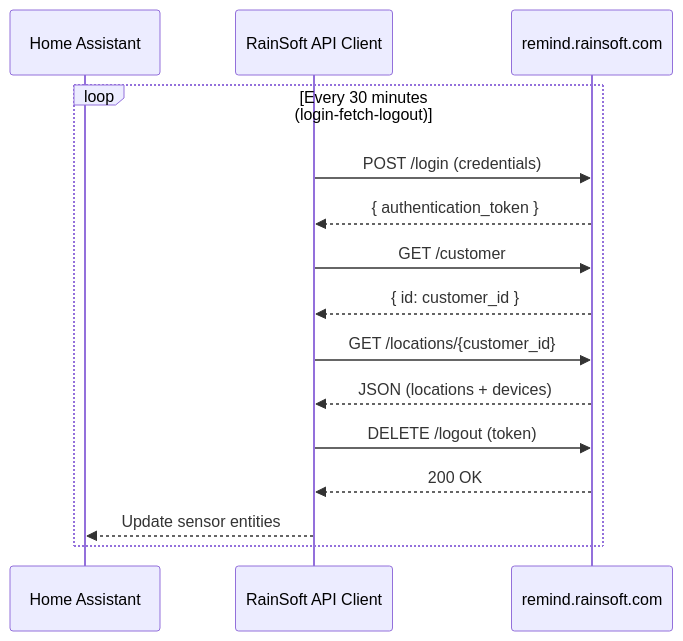
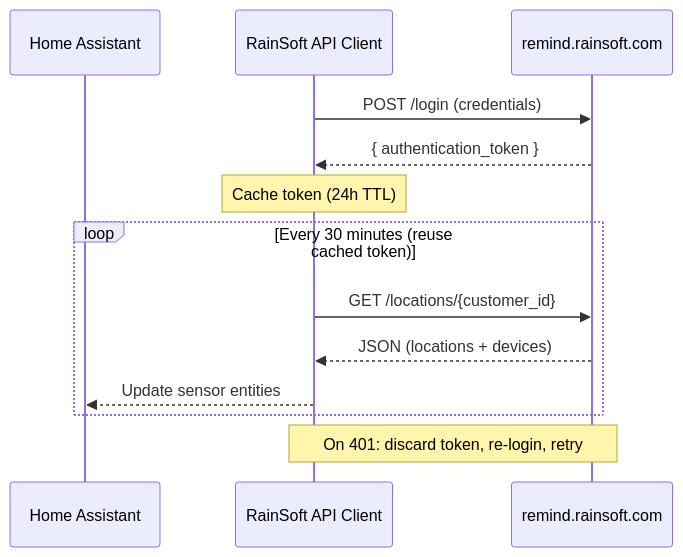
The diagram in README.md (MathewUlanowski/ha-rainsoft), drawn with Mermaid before and after one commit. The commit also changed other lines of this file and 2 other files, not shown here.

Commit message:
Switch auth from login-fetch-logout to cached token with 24h TTL
Token is now cached in memory and reused across poll cycles. On 401,
the token is discarded and a fresh login is attempted once automatically.
Reduces API calls from 4 per cycle to 1-2. Token is invalidated on shutdown.

````diff
--- a/README.md
+++ b/README.md
@@ -94,18 +94,18 @@
 ```mermaid
 sequenceDiagram
     participant HA as Home Assistant
     participant API as RainSoft API Client
     participant RS as remind.rainsoft.com
 
-    loop Every 30 minutes (login-fetch-logout)
-        API->>RS: POST /login (credentials)
-        RS-->>API: { authentication_token }
-        API->>RS: GET /customer
-        RS-->>API: { id: customer_id }
+    API->>RS: POST /login (credentials)
+    RS-->>API: { authentication_token }
+    Note over API: Cache token (24h TTL)
+
+    loop Every 30 minutes (reuse cached token)
         API->>RS: GET /locations/{customer_id}
         RS-->>API: JSON (locations + devices)
-        API->>RS: DELETE /logout (token)
-        RS-->>API: 200 OK
         API-->>HA: Update sensor entities
     end
+
+    Note over API,RS: On 401: discard token, re-login, retry
 ```
````
